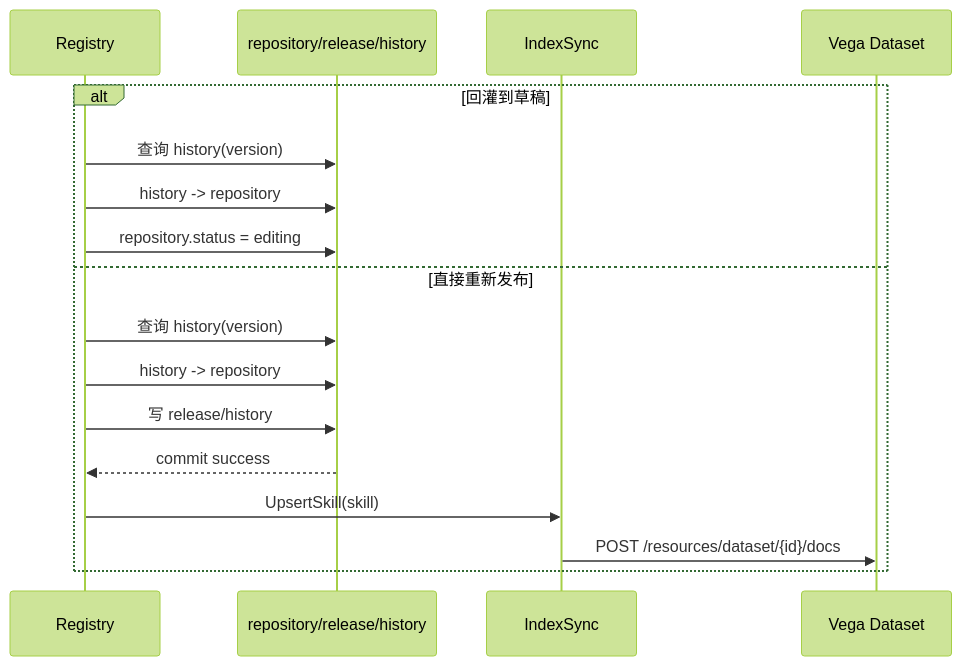
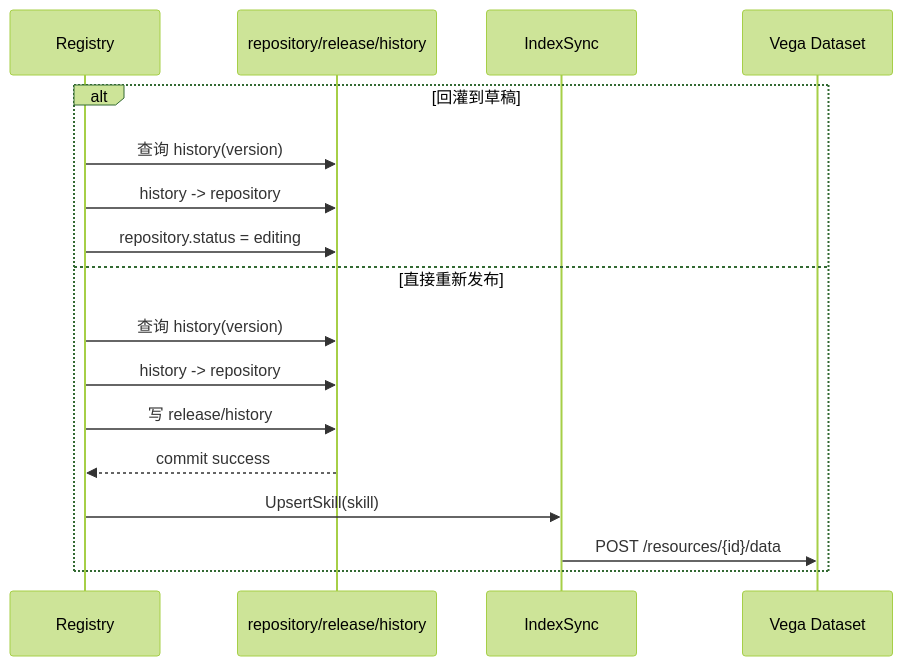
Before and after one commit to kweaver-ai/kweaver-core: the ninth of 9 diagrams in adp/execution-factory/operator-integration/docs/design/features/skill/skill_package_lifecycle_management.md, drawn with Mermaid (forest theme). The commit also changed other lines of this file and 5 other files, not shown here.

First line of the commit message:
[execution-factory] 适配 Vega dataset documents API 收敛到 /resources/{id}/data (#379)

````diff
--- a/adp/execution-factory/operator-integration/docs/design/features/skill/skill_package_lifecycle_management.md
+++ b/adp/execution-factory/operator-integration/docs/design/features/skill/skill_package_lifecycle_management.md
@@ -455,20 +455,20 @@
 ```mermaid
 sequenceDiagram
     participant R as Registry
     participant DB as repository/release/history
     participant S as IndexSync
     participant V as Vega Dataset
 
     alt 回灌到草稿
         R->>DB: 查询 history(version)
         R->>DB: history -> repository
         R->>DB: repository.status = editing
     else 直接重新发布
         R->>DB: 查询 history(version)
         R->>DB: history -> repository
         R->>DB: 写 release/history
         DB-->>R: commit success
         R->>S: UpsertSkill(skill)
-        S->>V: POST /resources/dataset/{id}/docs
+        S->>V: POST /resources/{id}/data
     end
 ```
````
